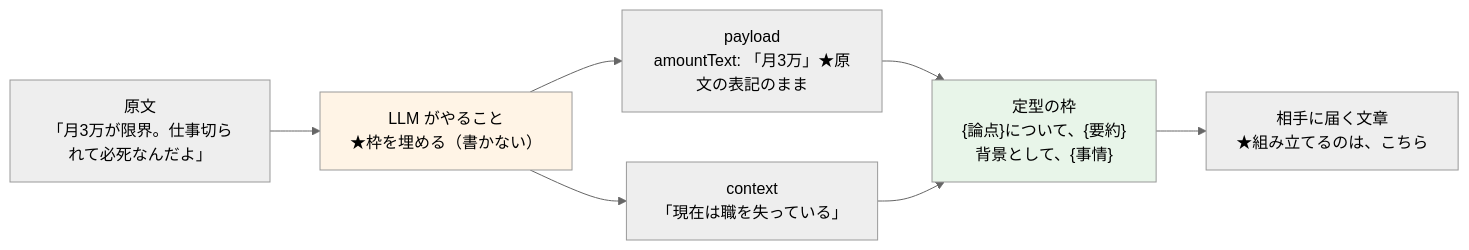
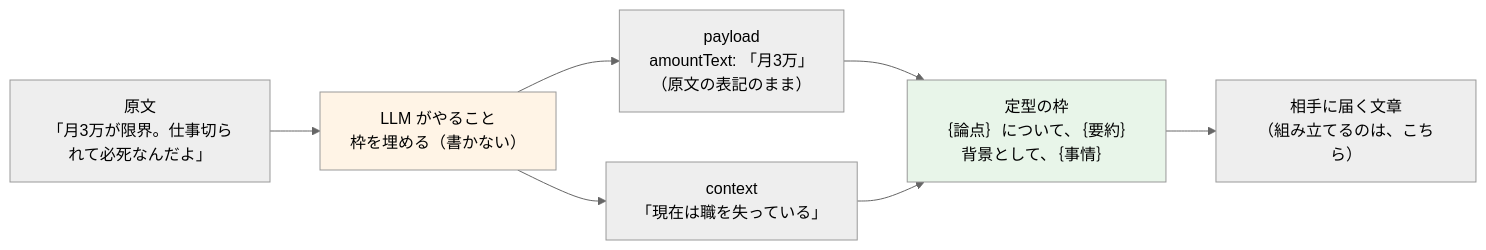
One commit to sugimomoto/AIHack changed the fifth of 8 diagrams in .steering/20260813-blog/draft_main.md. Above: the diagram before and after it, drawn with Mermaid (neutral theme). The commit also changed other lines of this file, not shown here.

````diff
--- a/.steering/20260813-blog/draft_main.md
+++ b/.steering/20260813-blog/draft_main.md
@@ -421,15 +421,15 @@
 ```mermaid
 flowchart LR
     RAW["原文<br/>「月3万が限界。仕事切られて必死なんだよ」"]
-    RAW --> LLM["LLM がやること<br/>★枠を埋める（書かない）"]
+    RAW --> LLM["LLM がやること<br/>枠を埋める（書かない）"]
 
-    LLM --> P["payload<br/>amountText: 「月3万」★原文の表記のまま"]
+    LLM --> P["payload<br/>amountText: 「月3万」<br/>（原文の表記のまま）"]
     LLM --> C["context<br/>「現在は職を失っている」"]
 
-    P --> T["定型の枠<br/>{論点}について、{要約}<br/>背景として、{事情}"]
+    P --> T["定型の枠<br/>｛論点｝について、｛要約｝<br/>背景として、｛事情｝"]
     C --> T
-    T --> OUT["相手に届く文章<br/>★組み立てるのは、こちら"]
+    T --> OUT["相手に届く文章<br/>（組み立てるのは、こちら）"]
 
     style LLM fill:#fff4e6
     style T fill:#e8f5e9
 ```
````
